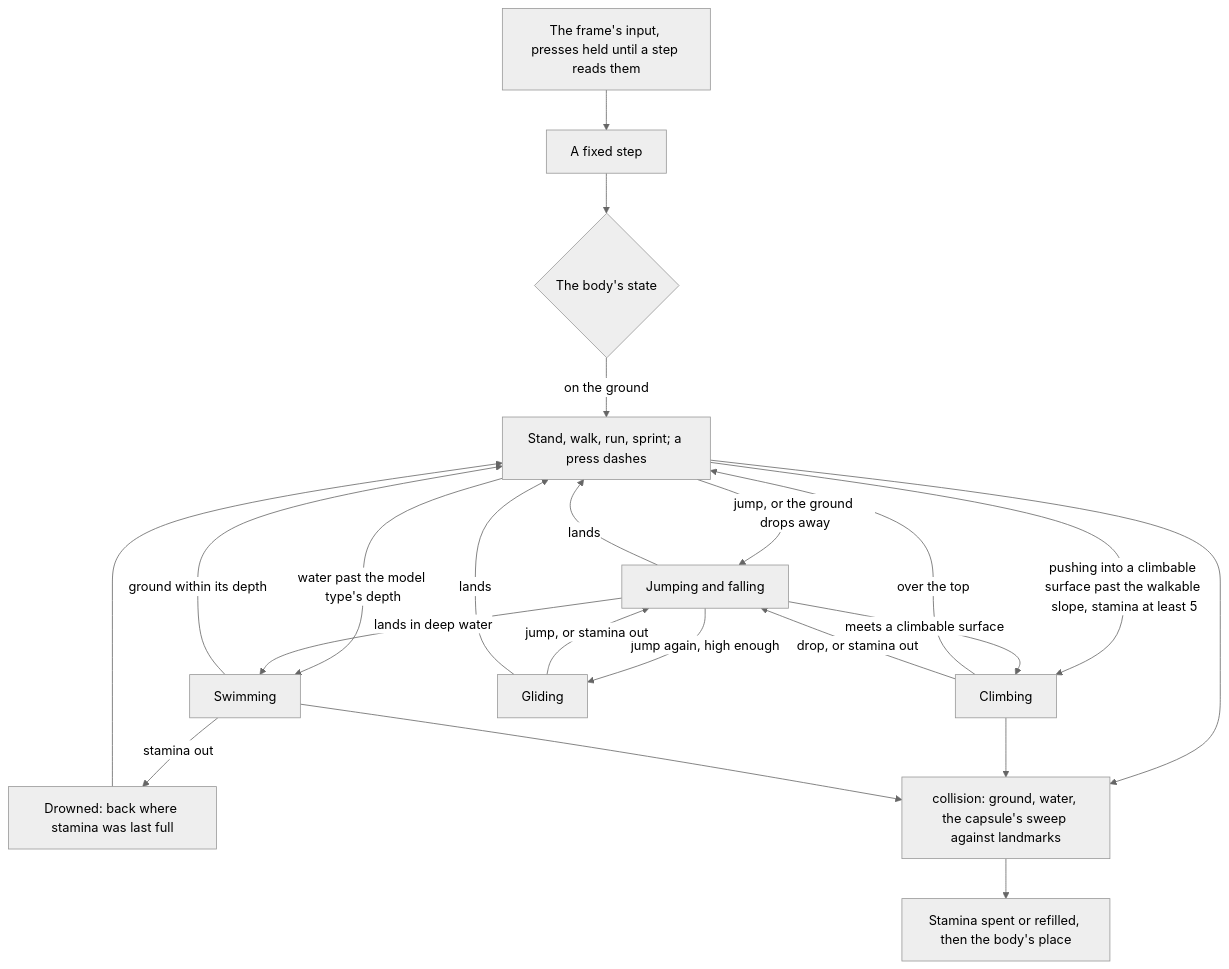
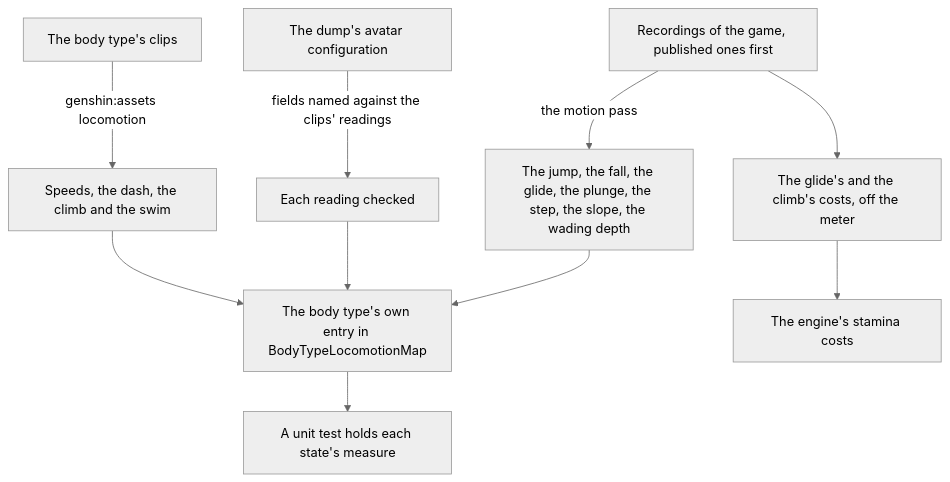
One commit to Esposter/Esposter changed the diagram in apps/web/content/docs/proposals/genshin/character-controller.md. Above: the diagram before and after it, drawn with Mermaid (neutral theme). The commit also changed other lines of this file and 20 other files, not shown here.

Commit message:
docs(genshin): the character controller and the follow camera are as-built pages, their proposals keep the numbers still to measure, and the free camera is photo mode's

````diff
--- a/apps/web/content/docs/proposals/genshin/character-controller.md
+++ b/apps/web/content/docs/proposals/genshin/character-controller.md
@@ -28,24 +23,12 @@
 ```mermaid
 flowchart TD
-  IN["The frame's input, presses held until a step reads them"] --> STEP["A fixed step"]
-  STEP --> S{"The body's state"}
-  S -->|"on the ground"| G["Stand, walk, run, sprint; a press dashes"]
-  G -->|"jump, or the ground drops away"| AIR["Jumping and falling"]
-  G -->|"pushing into a climbable surface past the walkable slope, stamina at least 5"| CL["Climbing"]
-  G -->|"water past the model type's depth"| SW["Swimming"]
-  AIR -->|"lands"| G
-  AIR -->|"jump again, high enough"| GL["Gliding"]
-  AIR -->|"meets a climbable surface"| CL
-  AIR -->|"lands in deep water"| SW
-  GL -->|"jump, or stamina out"| AIR
-  GL -->|"lands"| G
-  CL -->|"over the top"| G
-  CL -->|"drop, or stamina out"| AIR
-  SW -->|"ground within its depth"| G
-  SW -->|"stamina out"| DR["Drowned: back where stamina was last full"]
-  DR --> G
-  G --> Q["collision: ground, water, the capsule's sweep against landmarks"]
-  CL --> Q
-  SW --> Q
-  Q --> ST["Stamina spent or refilled, then the body's place"]
+  CLIPS["The body type's clips"] -->|"genshin:assets locomotion"| SPEEDS["Speeds, the dash, the climb and the swim"]
+  DUMP["The dump's avatar configuration"] -->|"fields named against the clips' readings"| CHECK["Each reading checked"]
+  REC["Recordings of the game, published ones first"] -->|"the motion pass"| REST["The jump, the fall, the glide, the plunge, the step, the slope, the wading depth"]
+  REC --> METER["The glide's and the climb's costs, off the meter"]
+  SPEEDS --> ENTRY["The body type's own entry in BodyTypeLocomotionMap"]
+  CHECK --> ENTRY
+  REST --> ENTRY
+  METER --> COSTS["The engine's stamina costs"]
+  ENTRY --> TEST["A unit test holds each state's measure"]
 ```
````
